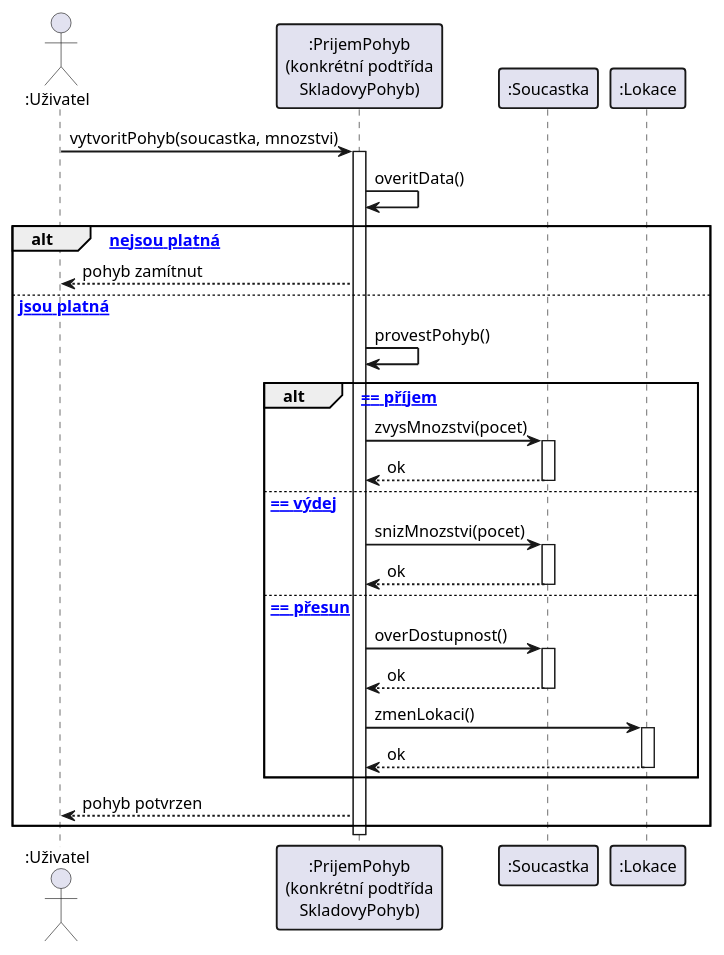
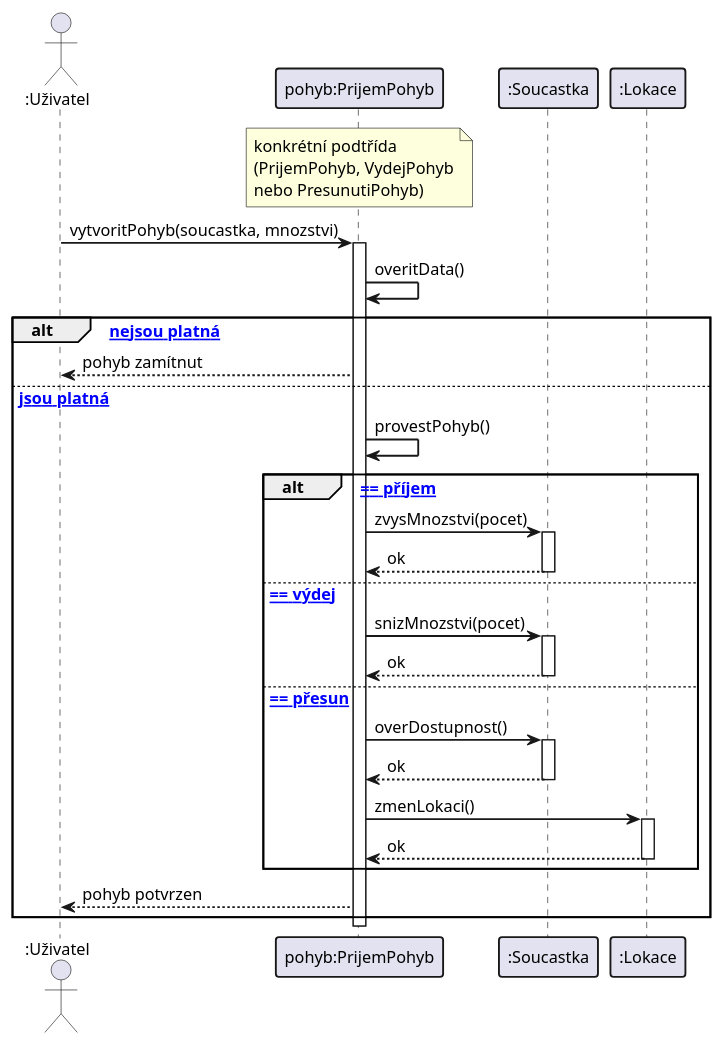
Before and after one commit to lkvapil/kOdevzdaniProjektWMS: the diagram in diagrams/13_sequence_pohyb.puml, drawn with PlantUML. The commit also changed 3 other files, not shown here.

Commit message:
Clarify sequence diagram participant: concrete subclass with note

```diff
--- a/diagrams/13_sequence_pohyb.puml
+++ b/diagrams/13_sequence_pohyb.puml
@@ -1,51 +1,52 @@
 @startuml
 skinparam defaultFontSize 13
 skinparam sequenceArrowThickness 1.5
 skinparam sequenceParticipantBorderThickness 1.5
 skinparam sequenceGroupBorderThickness 1.5
 
 actor ":Uživatel" as Uzivatel
-participant ":PrijemPohyb\n(konkrétní podtřída\nSkladovyPohyb)" as Pohyb
+participant "pohyb:PrijemPohyb" as Pohyb
+note over Pohyb : konkrétní podtřída\n(PrijemPohyb, VydejPohyb\nnebo PresunutiPohyb)
 participant ":Soucastka" as Soucastka
 participant ":Lokace" as Lokace
 
 Uzivatel -> Pohyb : vytvoritPohyb(soucastka, mnozstvi)
 activate Pohyb
 
 Pohyb -> Pohyb : overitData()
 
 alt [data nejsou platná]
     Pohyb --> Uzivatel : pohyb zamítnut
 
 else [data jsou platná]
     Pohyb -> Pohyb : provestPohyb()
 
     alt [typ == příjem]
         Pohyb -> Soucastka : zvysMnozstvi(pocet)
         activate Soucastka
         Soucastka --> Pohyb : ok
         deactivate Soucastka
 
     else [typ == výdej]
         Pohyb -> Soucastka : snizMnozstvi(pocet)
         activate Soucastka
         Soucastka --> Pohyb : ok
         deactivate Soucastka
 
     else [typ == přesun]
         Pohyb -> Soucastka : overDostupnost()
         activate Soucastka
         Soucastka --> Pohyb : ok
         deactivate Soucastka
         Pohyb -> Lokace : zmenLokaci()
         activate Lokace
         Lokace --> Pohyb : ok
         deactivate Lokace
     end
 
     Pohyb --> Uzivatel : pohyb potvrzen
 end
 
 deactivate Pohyb
 
 @enduml
```
